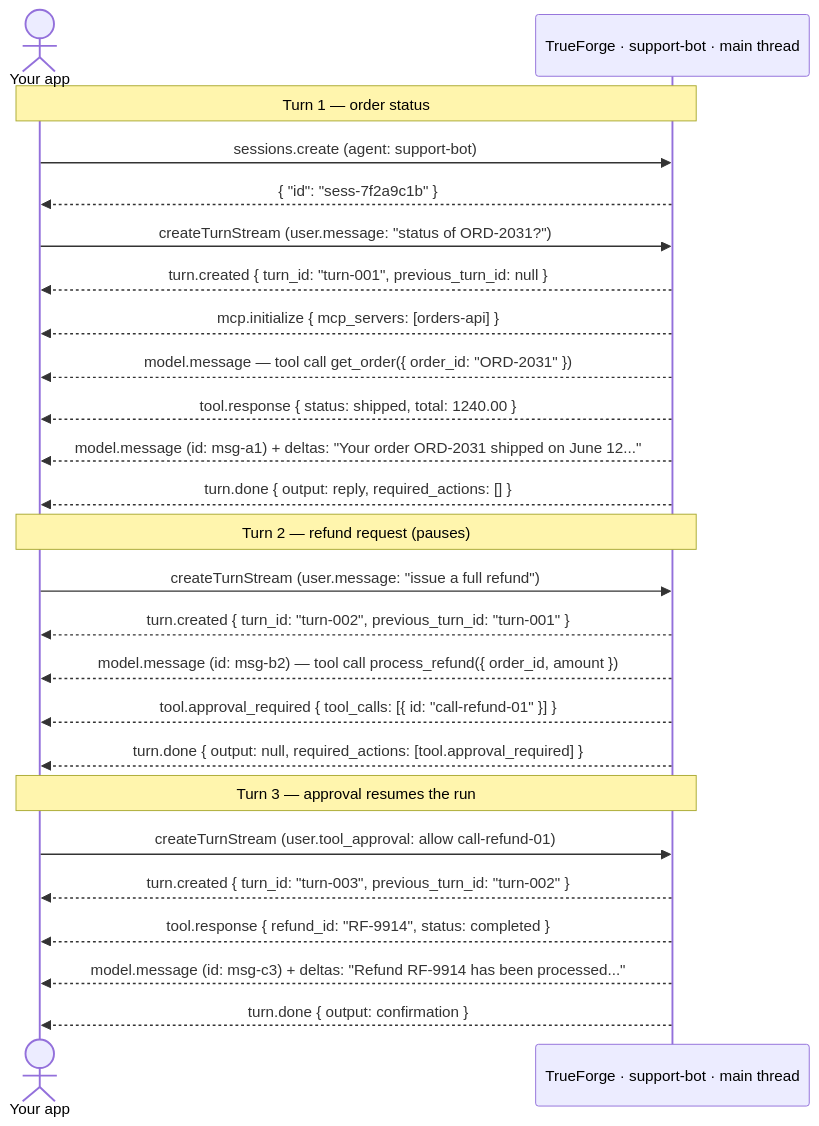
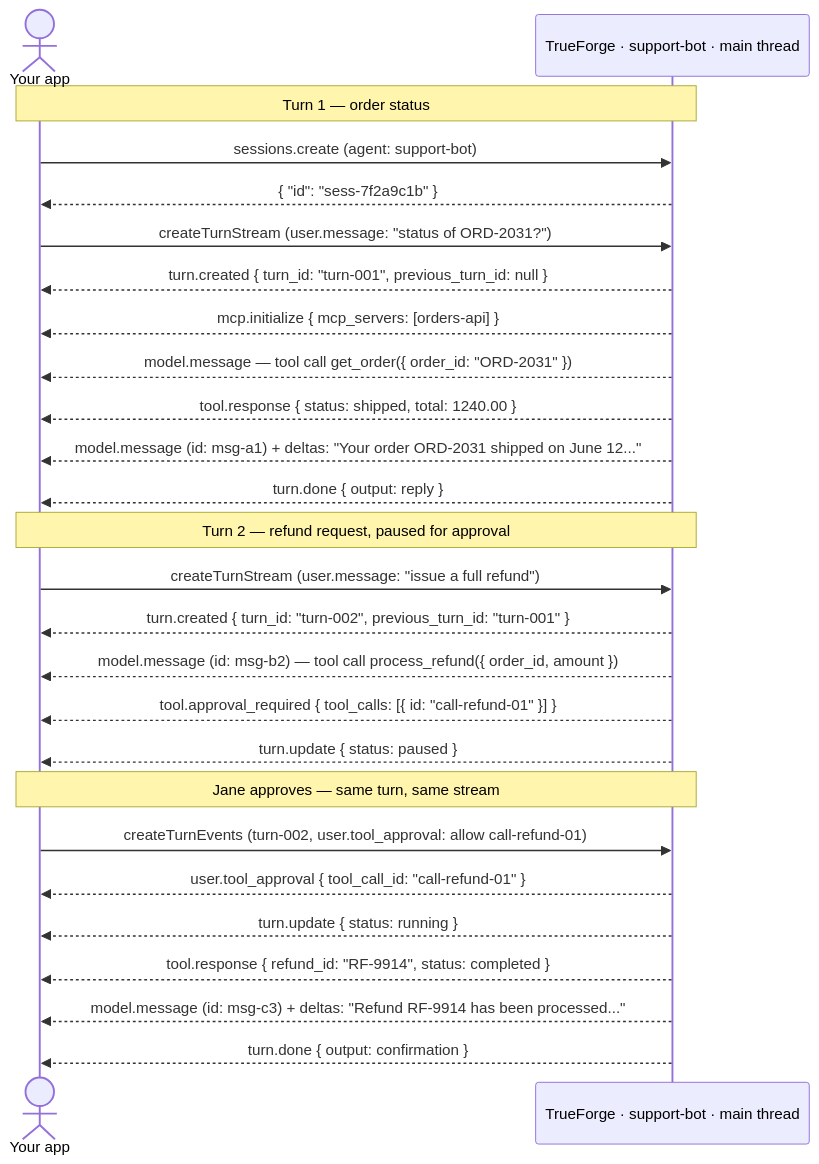
The second of 2 diagrams in docs/api/overview.mdx (truefoundry/trueforge), drawn with Mermaid before and after one commit. The commit also changed other lines of this file and 5 other files, not shown here.

Commit message:
Update sdk docs for turn paused state

````diff
--- a/docs/api/overview.mdx
+++ b/docs/api/overview.mdx
@@ -190,30 +195,31 @@
 ```mermaid
 sequenceDiagram
   actor App as Your app
   participant TF as TrueForge · support-bot · main thread
 
   Note over App,TF: Turn 1 — order status
   App->>TF: sessions.create (agent: support-bot)
   TF-->>App: { "id": "sess-7f2a9c1b" }
   App->>TF: createTurnStream (user.message: "status of ORD-2031?")
   TF-->>App: turn.created { turn_id: "turn-001", previous_turn_id: null }
   TF-->>App: mcp.initialize { mcp_servers: [orders-api] }
   TF-->>App: model.message — tool call get_order({ order_id: "ORD-2031" })
   TF-->>App: tool.response { status: shipped, total: 1240.00 }
   TF-->>App: model.message (id: msg-a1) + deltas: "Your order ORD-2031 shipped on June 12..."
-  TF-->>App: turn.done { output: reply, required_actions: [] }
+  TF-->>App: turn.done { output: reply }
 
-  Note over App,TF: Turn 2 — refund request (pauses)
+  Note over App,TF: Turn 2 — refund request, paused for approval
   App->>TF: createTurnStream (user.message: "issue a full refund")
   TF-->>App: turn.created { turn_id: "turn-002", previous_turn_id: "turn-001" }
   TF-->>App: model.message (id: msg-b2) — tool call process_refund({ order_id, amount })
   TF-->>App: tool.approval_required { tool_calls: [{ id: "call-refund-01" }] }
-  TF-->>App: turn.done { output: null, required_actions: [tool.approval_required] }
+  TF-->>App: turn.update { status: paused }
 
-  Note over App,TF: Turn 3 — approval resumes the run
-  App->>TF: createTurnStream (user.tool_approval: allow call-refund-01)
-  TF-->>App: turn.created { turn_id: "turn-003", previous_turn_id: "turn-002" }
+  Note over App,TF: Jane approves — same turn, same stream
+  App->>TF: createTurnEvents (turn-002, user.tool_approval: allow call-refund-01)
+  TF-->>App: user.tool_approval { tool_call_id: "call-refund-01" }
+  TF-->>App: turn.update { status: running }
   TF-->>App: tool.response { refund_id: "RF-9914", status: completed }
   TF-->>App: model.message (id: msg-c3) + deltas: "Refund RF-9914 has been processed..."
   TF-->>App: turn.done { output: confirmation }
 ```
````
